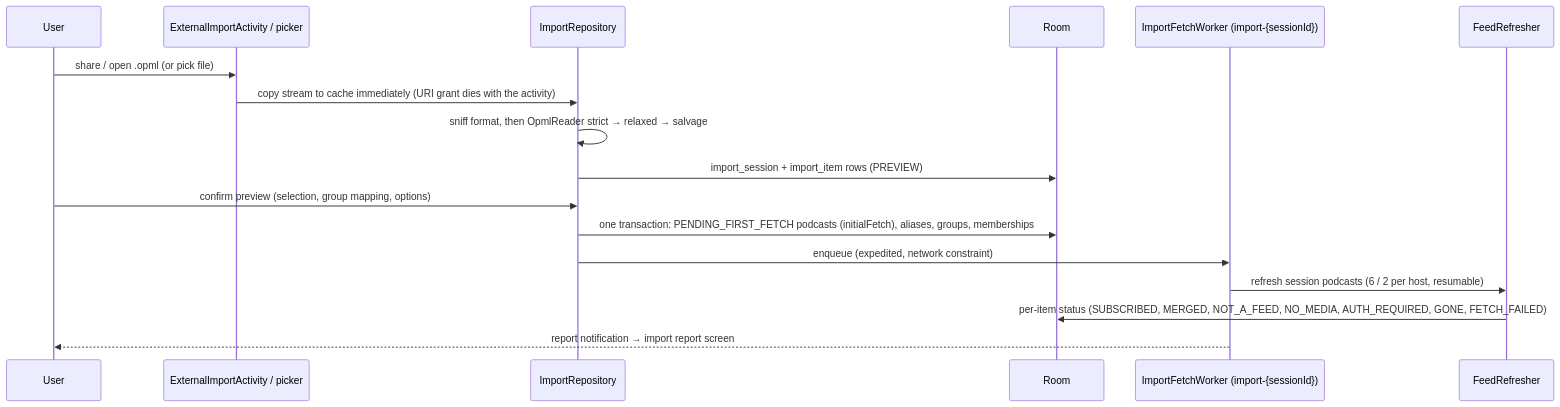
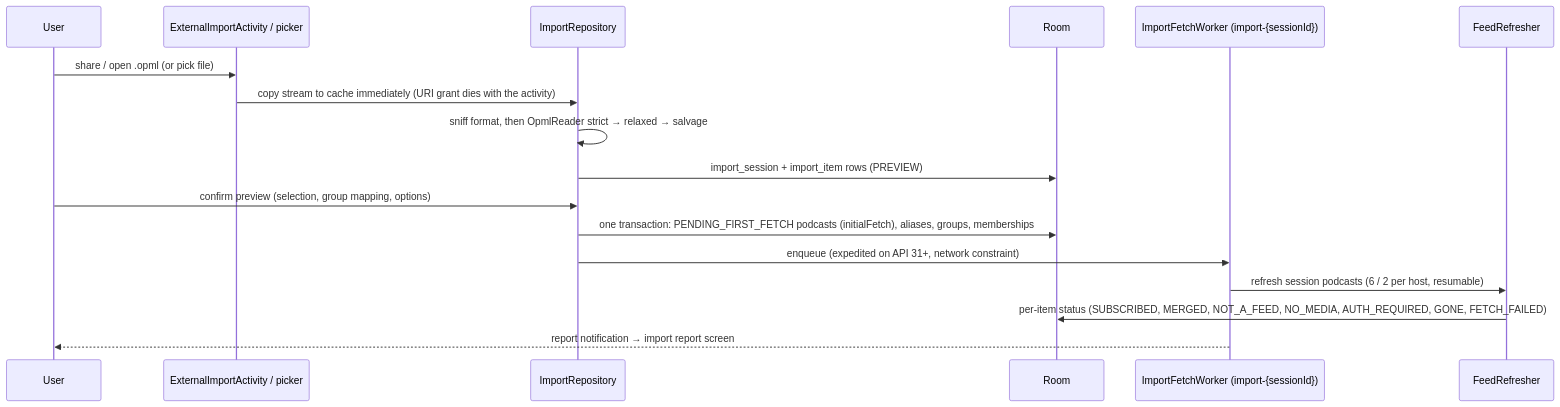
Before and after one commit to BigBoyDevBox/Neutrodyne: the third of 4 diagrams in docs/PLAN.md, drawn with Mermaid. The commit also changed other lines of this file and 1 other file, not shown here.

````diff
--- a/docs/PLAN.md
+++ b/docs/PLAN.md
@@ -524,19 +545,19 @@
 ```mermaid
 sequenceDiagram
   participant U as User
   participant E as ExternalImportActivity / picker
   participant I as ImportRepository
   participant DB as Room
   participant W as ImportFetchWorker (import-{sessionId})
   participant R as FeedRefresher
   U->>E: share / open .opml (or pick file)
   E->>I: copy stream to cache immediately (URI grant dies with the activity)
   I->>I: sniff format, then OpmlReader strict → relaxed → salvage
   I->>DB: import_session + import_item rows (PREVIEW)
   U->>I: confirm preview (selection, group mapping, options)
   I->>DB: one transaction: PENDING_FIRST_FETCH podcasts (initialFetch), aliases, groups, memberships
-  I->>W: enqueue (expedited, network constraint)
+  I->>W: enqueue (expedited on API 31+, network constraint)
   W->>R: refresh session podcasts (6 / 2 per host, resumable)
   R->>DB: per-item status (SUBSCRIBED, MERGED, NOT_A_FEED, NO_MEDIA, AUTH_REQUIRED, GONE, FETCH_FAILED)
   W-->>U: report notification → import report screen
 ```
````
